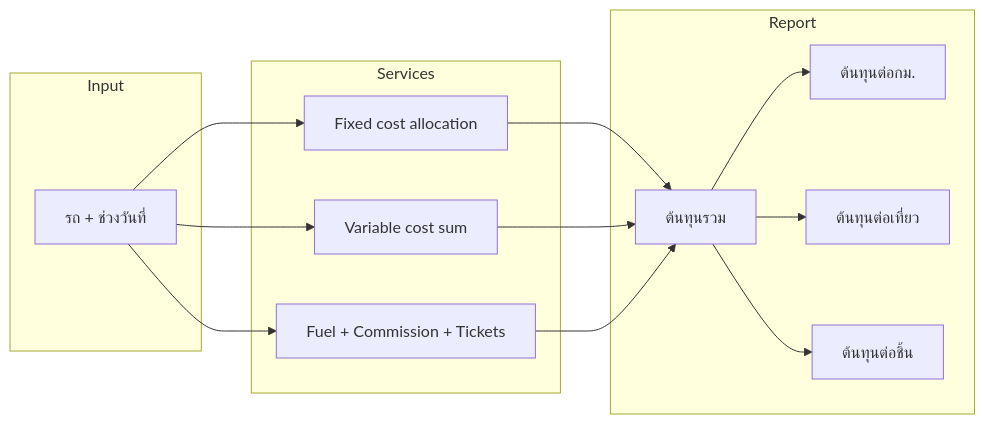
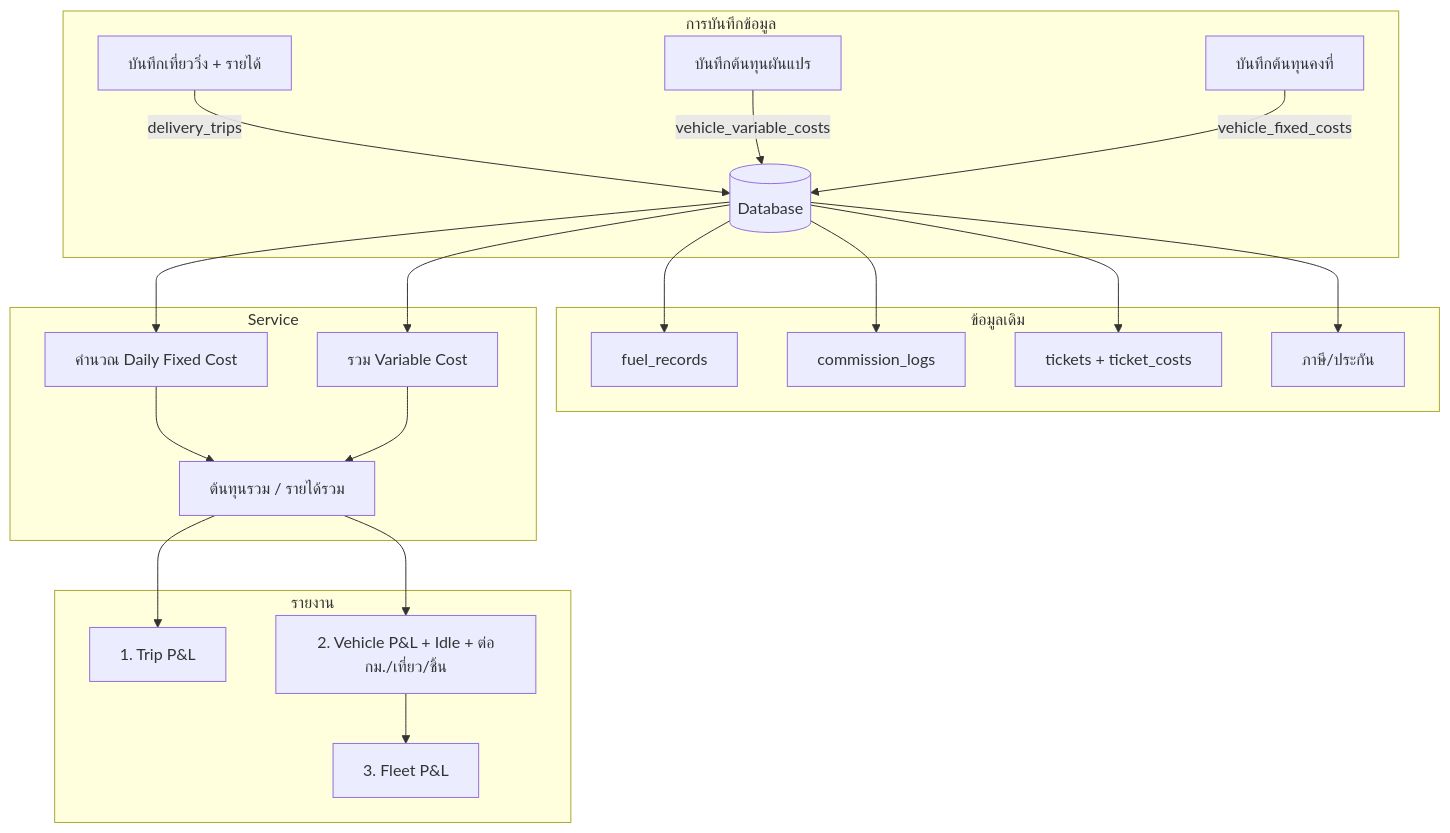
Before and after one commit to Director-Singhachan/vehicle-control-center: the diagram in .cursor/plans/ต้นทุนคงที่-ผันแปร_และตัวชี้ต่อกม._เที่ยว_ชิ้น_1f277858.plan.md, drawn with Mermaid. The commit also changed other lines of this file and 1 other file, not shown here.

First line of the commit message:
feat: Revise cost management plan to enhance revenue and profit analysis

````diff
--- a/.cursor/plans/ต้นทุนคงที่-ผันแปร_และตัวชี้ต่อกม._เที่ยว_ชิ้น_1f277858.plan.md
+++ b/.cursor/plans/ต้นทุนคงที่-ผันแปร_และตัวชี้ต่อกม._เที่ยว_ชิ้น_1f277858.plan.md
@@ -103,26 +159,27 @@
 ```mermaid
-flowchart LR
-  subgraph inputs [Input]
-    Filters[รถ + ช่วงวันที่]
+flowchart TD
+  subgraph Inputs [การบันทึกข้อมูล]
+    A[บันทึกเที่ยววิ่ง + รายได้] -->|delivery_trips| DB[(Database)]
+    B[บันทึกต้นทุนผันแปร] -->|vehicle_variable_costs| DB
+    C[บันทึกต้นทุนคงที่] -->|vehicle_fixed_costs| DB
   end
-  subgraph services [Services]
-    Fixed[Fixed cost allocation]
-    Var[Variable cost sum]
-    Existing[Fuel + Commission + Tickets]
+
+  subgraph Existing [ข้อมูลเดิม]
+    DB --> Fuel[fuel_records]
+    DB --> Comm[commission_logs]
+    DB --> Tickets[tickets + ticket_costs]
+    DB --> TaxIns[ภาษี/ประกัน]
   end
-  subgraph output [Report]
-    Total[ต้นทุนรวม]
-    PerKm[ต้นทุนต่อกม.]
-    PerTrip[ต้นทุนต่อเที่ยว]
-    PerPiece[ต้นทุนต่อชิ้น]
+
+  subgraph Processing [Service]
+    DB --> CalcDaily[คำนวณ Daily Fixed Cost]
+    DB --> SumVar[รวม Variable Cost]
+    CalcDaily & SumVar --> Total[ต้นทุนรวม / รายได้รวม]
   end
-  Filters --> Fixed
-  Filters --> Var
-  Filters --> Existing
-  Fixed --> Total
-  Var --> Total
-  Existing --> Total
-  Total --> PerKm
-  Total --> PerTrip
-  Total --> PerPiece
+
+  subgraph Output [รายงาน]
+    Total --> L1[1. Trip P&L]
+    Total --> L2[2. Vehicle P&L + Idle + ต่อกม./เที่ยว/ชิ้น]
+    L2 --> L3[3. Fleet P&L]
+  end
 ```
````
